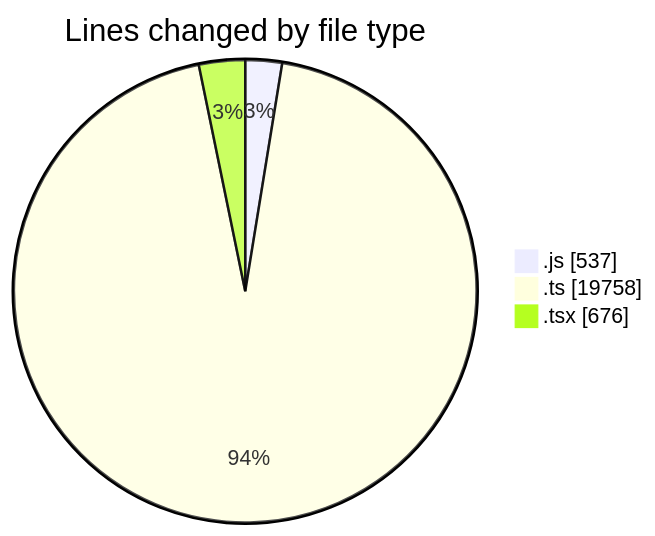
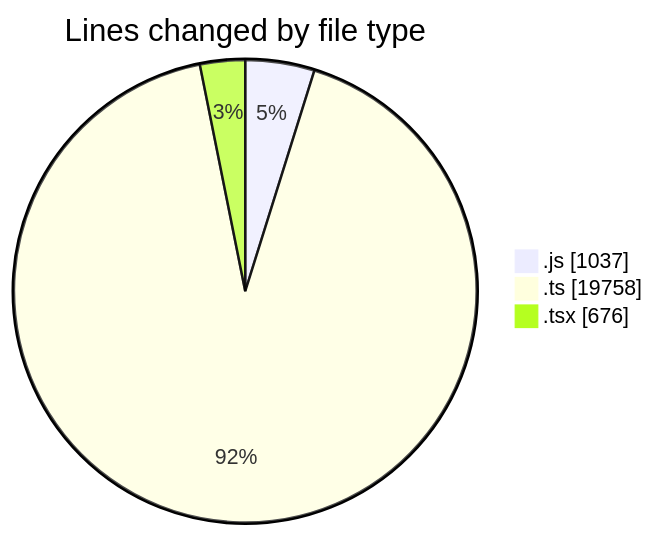
One commit to momahboobian/code-tracking changed the first of 2 diagrams in 2026-10-06/cda/README.md. Above: the diagram before and after it, drawn with Mermaid. The commit also changed other lines of this file and 1 other file, not shown here.

````diff
--- a/2026-10-06/cda/README.md
+++ b/2026-10-06/cda/README.md
@@ -33,7 +34,7 @@
 ```mermaid
 pie showData
 title Lines changed by file type
-".js" : 537
+".js" : 1037
 ".ts" : 19758
 ".tsx" : 676
 ```
````
